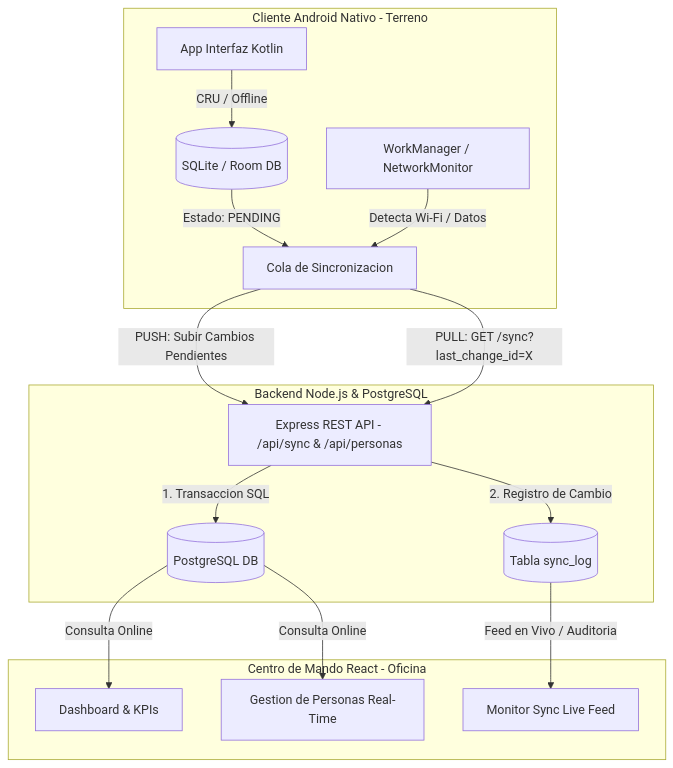
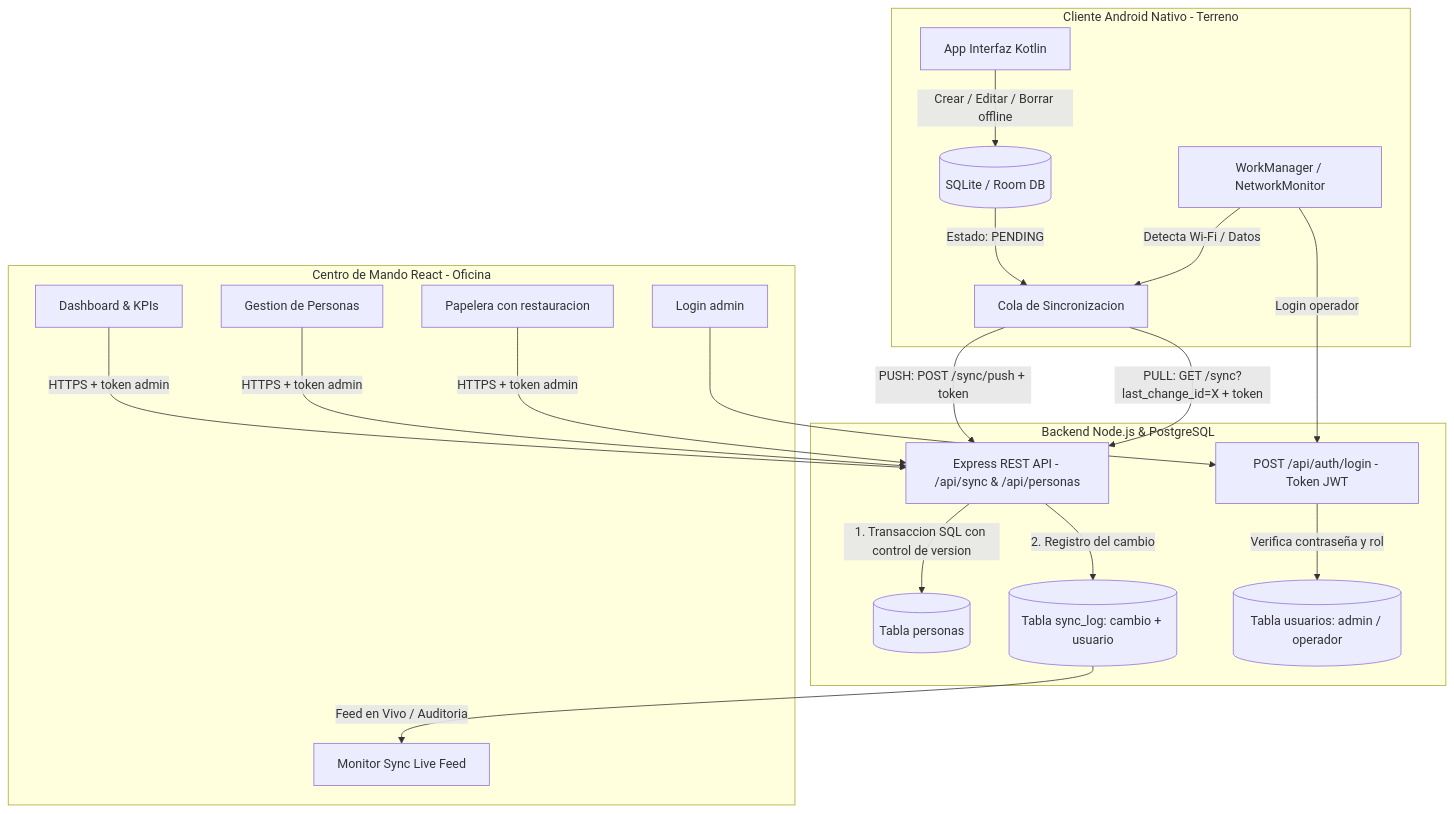
One commit to Aryannext/Sincronizaci-n-Web---app-Nativa changed the diagram in README.md. Above: the diagram before and after it, drawn with Mermaid. The commit also changed 3 other files, not shown here.

First line of the commit message:
docs: plantilla de PR, guía CLAUDE.md y diagramas actualizados

````diff
--- a/README.md
+++ b/README.md
@@ -19,28 +19,35 @@
 ```mermaid
 graph TD
     subgraph Movil [Cliente Android Nativo - Terreno]
-        UI[App Interfaz Kotlin] -->|CRU / Offline| ROOM[(SQLite / Room DB)]
+        UI[App Interfaz Kotlin] -->|Crear / Editar / Borrar offline| ROOM[(SQLite / Room DB)]
         ROOM -->|Estado: PENDING| COLA[Cola de Sincronizacion]
         WORKER[WorkManager / NetworkMonitor]
     end
 
     subgraph Servidor [Backend Node.js & PostgreSQL]
+        AUTH[POST /api/auth/login - Token JWT]
         API[Express REST API - /api/sync & /api/personas]
-        PG[(PostgreSQL DB)]
-        LOG[(Tabla sync_log)]
-        API -->|1. Transaccion SQL| PG
-        API -->|2. Registro de Cambio| LOG
+        PG[(Tabla personas)]
+        LOG[(Tabla sync_log: cambio + usuario)]
+        USR[(Tabla usuarios: admin / operador)]
+        AUTH -->|Verifica contraseña y rol| USR
+        API -->|1. Transaccion SQL con control de version| PG
+        API -->|2. Registro del cambio| LOG
     end
 
     subgraph Web [Centro de Mando React - Oficina]
+        LOGIN[Login admin]
         DASH[Dashboard & KPIs]
-        CRUD[Gestion de Personas Real-Time]
+        CRUD[Gestion de Personas]
+        TRASH[Papelera con restauracion]
         FEED[Monitor Sync Live Feed]
     end
 
     WORKER -->|Detecta Wi-Fi / Datos| COLA
-    COLA -->|PUSH: Subir Cambios Pendientes| API
-    COLA -->|PULL: GET /sync?last_change_id=X| API
+    WORKER -->|Login operador| AUTH
+    COLA -->|PUSH: POST /sync/push + token| API
+    COLA -->|PULL: GET /sync?last_change_id=X + token| API
+    LOGIN --> AUTH
+    DASH & CRUD & TRASH -->|HTTPS + token admin| API
     LOG -->|Feed en Vivo / Auditoria| FEED
-    PG -->|Consulta Online| DASH & CRUD
 ```
````
